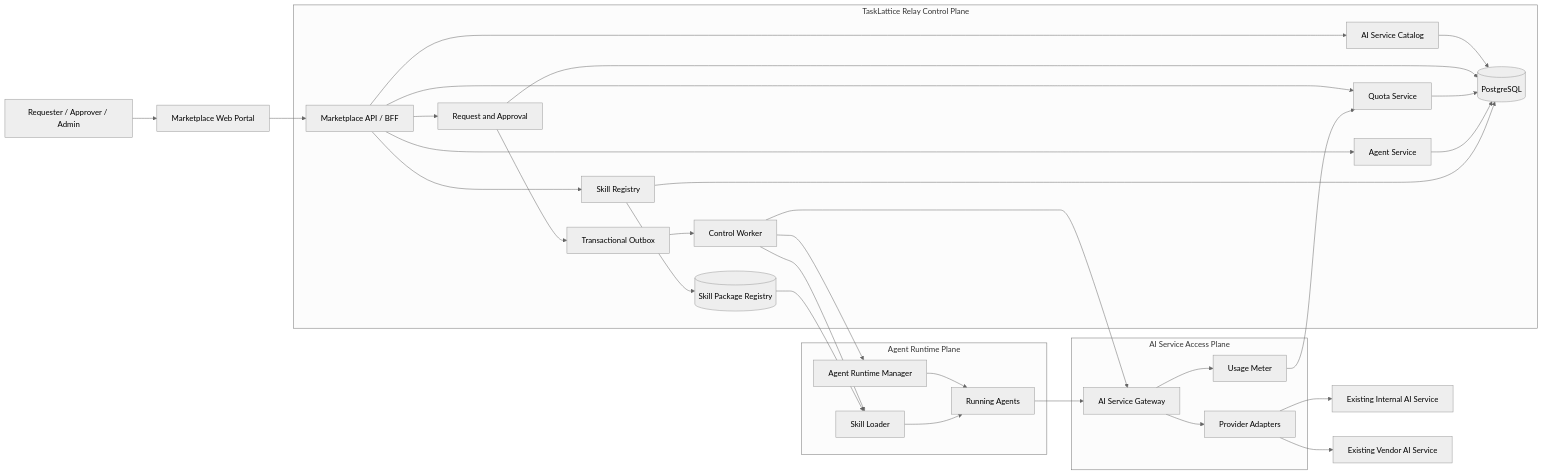
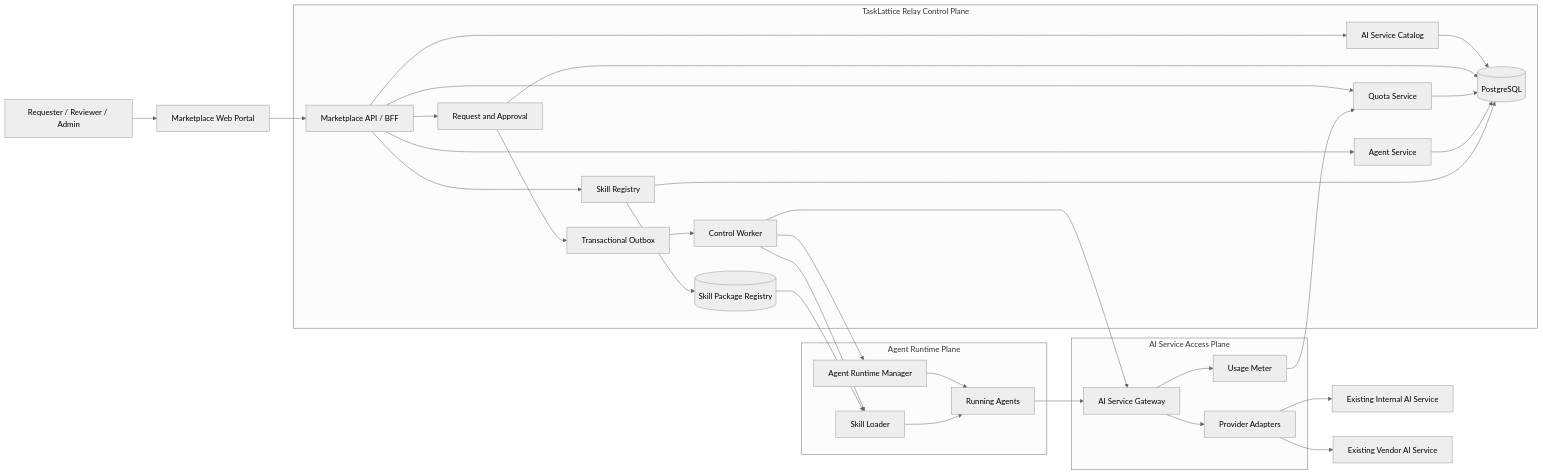
Before and after one commit to feng2009-hub/tasklattice-relay: the second of 7 diagrams in docs/technical-implementation.md, drawn with Mermaid (neutral theme). The commit also changed other lines of this file and 103 other files, not shown here.

```diff
--- a/docs/technical-implementation.md
+++ b/docs/technical-implementation.md
@@ -171,41 +171,41 @@
 ~~~mermaid
 flowchart LR
-    USER["Requester / Approver / Admin"] --> UI["Marketplace Web Portal"]
+    USER["Requester / Reviewer / Admin"] --> UI["Marketplace Web Portal"]
     UI --> API["Marketplace API / BFF"]
 
     subgraph CONTROL["TaskLattice Relay Control Plane"]
         API --> CATALOG["AI Service Catalog"]
         API --> REQUEST["Request and Approval"]
         API --> QUOTA["Quota Service"]
         API --> AGENT["Agent Service"]
         API --> SKILL["Skill Registry"]
         CATALOG --> DB[(PostgreSQL)]
         REQUEST --> DB
         QUOTA --> DB
         AGENT --> DB
         SKILL --> DB
         REQUEST --> OUTBOX["Transactional Outbox"]
         SKILL --> PACKAGE[("Skill Package Registry")]
         OUTBOX --> WORKER["Control Worker"]
     end
 
     subgraph ACCESS["AI Service Access Plane"]
         GATEWAY["AI Service Gateway"] --> ADAPTER["Provider Adapters"]
         GATEWAY --> USAGE["Usage Meter"]
     end
 
     ADAPTER --> INTERNAL["Existing Internal AI Service"]
     ADAPTER --> VENDOR["Existing Vendor AI Service"]
 
     subgraph RUNTIME["Agent Runtime Plane"]
         MANAGER["Agent Runtime Manager"] --> RUNNING["Running Agents"]
         LOADER["Skill Loader"] --> RUNNING
     end
 
     WORKER --> GATEWAY
     WORKER --> MANAGER
     WORKER --> LOADER
     PACKAGE --> LOADER
     RUNNING --> GATEWAY
     USAGE --> QUOTA
 ~~~
```
